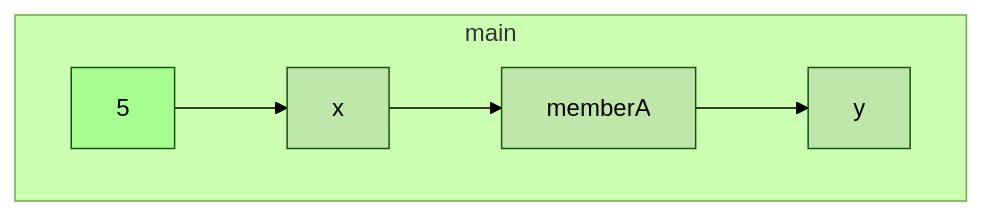
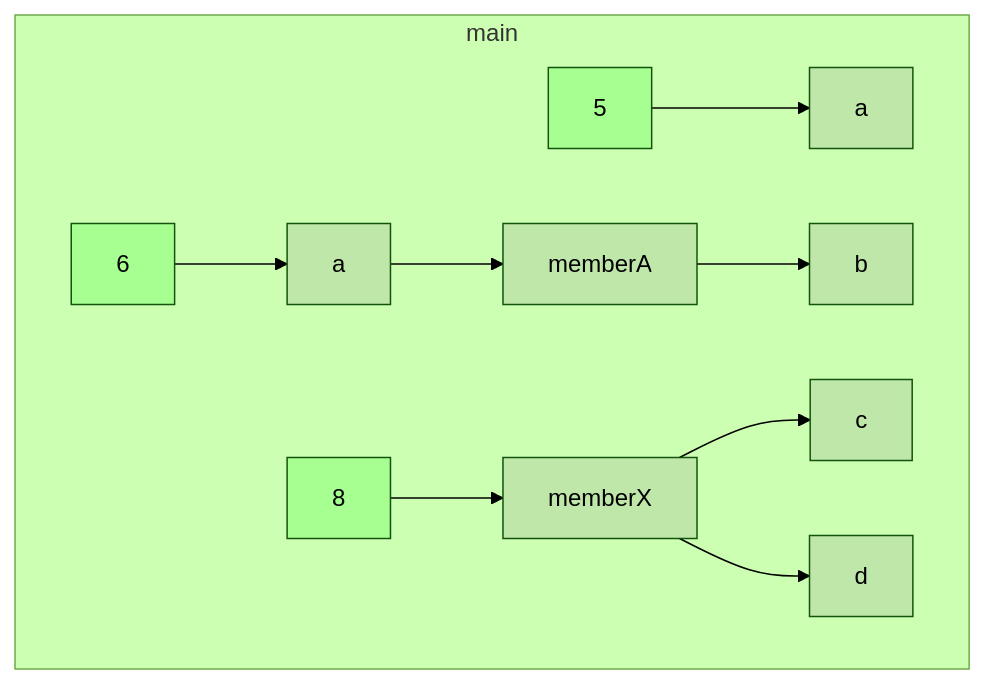
One commit to gstiebler/codeflow changed the diagram in app/src/test/resources/member/truth.md. Above: the diagram before and after it, drawn with Mermaid (forest theme).

Commit message:
update test

````diff
--- a/app/src/test/resources/member/truth.md
+++ b/app/src/test/resources/member/truth.md
@@ -1,13 +1,17 @@
 ```mermaid
 flowchart TD
   subgraph main
-    2[5]:::LITERAL --> 3[x]:::VARIABLE
-    3[x]:::VARIABLE --> 4[memberA]:::VARIABLE
-    4[memberA]:::VARIABLE --> 5[y]:::VARIABLE
+    3[5]:::LITERAL --> 2[a]:::VARIABLE
+    4[a]:::VARIABLE --> 6[memberA]:::VARIABLE
+    5[6]:::LITERAL --> 4[a]:::VARIABLE
+    6[memberA]:::VARIABLE --> 7[b]:::VARIABLE
+    8[memberX]:::VARIABLE --> 10[c]:::VARIABLE
+    8[memberX]:::VARIABLE --> 11[d]:::VARIABLE
+    9[8]:::LITERAL --> 8[memberX]:::VARIABLE
   end
   classDef LITERAL fill:#00FF0030
   classDef VARIABLE fill:#80808030
   classDef BIN_OP fill:#80808080
   classDef FUNC_PARAM fill:#8080FF30
   classDef RETURN fill:#FF808080
 ```
````
